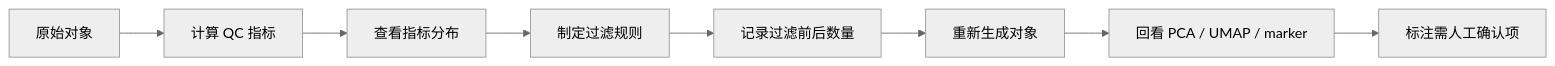
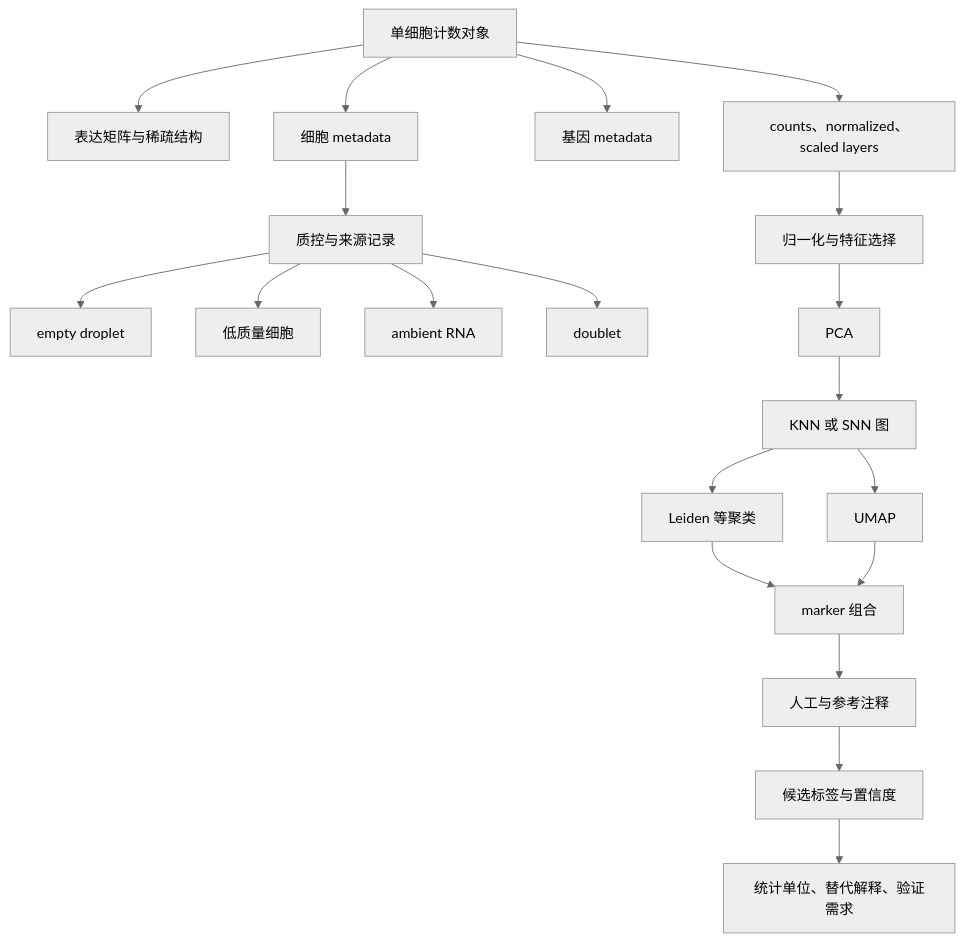
One commit to luvega/AI_MED_DataVis changed the second of 2 diagrams in docs/chapters/chapter-14/index.md. Above: the diagram before and after it, drawn with Mermaid (neutral theme). The commit also changed other lines of this file and 84 other files, not shown here.

````diff
--- a/docs/chapters/chapter-14/index.md
+++ b/docs/chapters/chapter-14/index.md
@@ -179,10 +634,22 @@
 ```mermaid
-flowchart LR
-  A["原始对象"] --> B["计算 QC 指标"]
-  B --> C["查看指标分布"]
-  C --> D["制定过滤规则"]
-  D --> E["记录过滤前后数量"]
-  E --> F["重新生成对象"]
-  F --> G["回看 PCA / UMAP / marker"]
-  G --> H["标注需人工确认项"]
+flowchart TB
+    A["单细胞计数对象"] --> A1["表达矩阵与稀疏结构"]
+    A --> A2["细胞 metadata"]
+    A --> A3["基因 metadata"]
+    A --> A4["counts、normalized、scaled layers"]
+    A2 --> B["质控与来源记录"]
+    B --> B1["empty droplet"]
+    B --> B2["低质量细胞"]
+    B --> B3["ambient RNA"]
+    B --> B4["doublet"]
+    A4 --> C["归一化与特征选择"]
+    C --> D["PCA"]
+    D --> E["KNN 或 SNN 图"]
+    E --> F["Leiden 等聚类"]
+    E --> G["UMAP"]
+    F --> H["marker 组合"]
+    G --> H
+    H --> I["人工与参考注释"]
+    I --> J["候选标签与置信度"]
+    J --> K["统计单位、替代解释、验证需求"]
 ```
````
